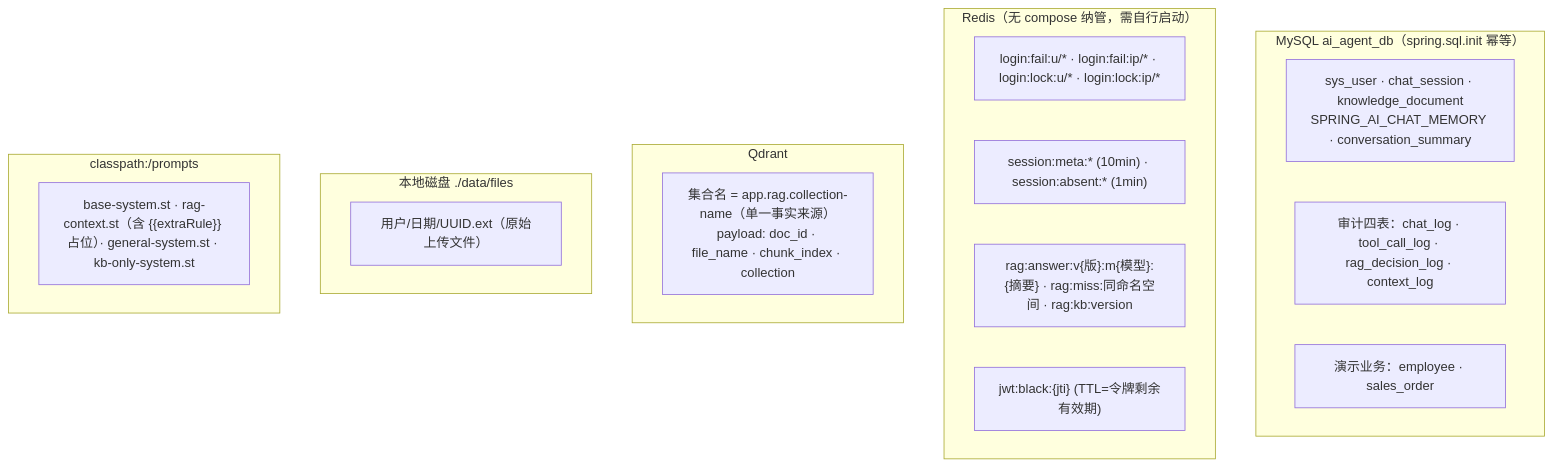
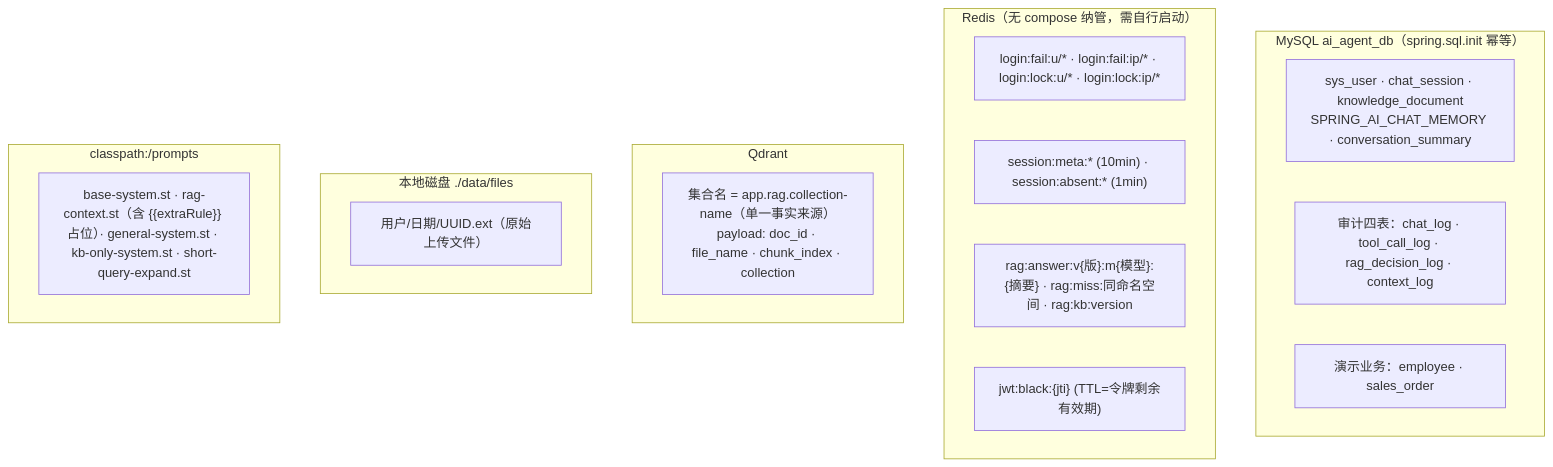
One commit to suiyile02/cc-ai-agent changed diagram 19 of 20 in docs/flow-map.md. Above: the diagram before and after it, drawn with Mermaid. The commit also changed other lines of this file and 22 other files, not shown here.

````diff
--- a/docs/flow-map.md
+++ b/docs/flow-map.md
@@ -677,23 +684,23 @@
 ```mermaid
 flowchart TD
     subgraph MY["MySQL ai_agent_db（spring.sql.init 幂等）"]
         M1["sys_user · chat_session · knowledge_document<br/>SPRING_AI_CHAT_MEMORY · conversation_summary"]
         M2["审计四表：chat_log · tool_call_log · rag_decision_log · context_log"]
         M3["演示业务：employee · sales_order"]
     end
     subgraph RD["Redis（无 compose 纳管，需自行启动）"]
         K1["login:fail:u/* · login:fail:ip/* · login:lock:u/* · login:lock:ip/*"]
         K2["session:meta:* (10min) · session:absent:* (1min)"]
         K3["rag:answer:v{版}:m{模型}:{摘要} · rag:miss:同命名空间 · rag:kb:version"]
         K5["jwt:black:{jti} (TTL=令牌剩余有效期)"]
     end
     subgraph QD["Qdrant"]
         V1["集合名 = app.rag.collection-name（单一事实来源）<br/>payload: doc_id · file_name · chunk_index · collection"]
     end
     subgraph FS["本地磁盘 ./data/files"]
         F1["用户/日期/UUID.ext（原始上传文件）"]
     end
     subgraph PR["classpath:/prompts"]
-        T1["base-system.st · rag-context.st（含 {{extraRule}} 占位）· general-system.st · kb-only-system.st"]
+        T1["base-system.st · rag-context.st（含 {{extraRule}} 占位）· general-system.st · kb-only-system.st · short-query-expand.st"]
     end
 ```
````
